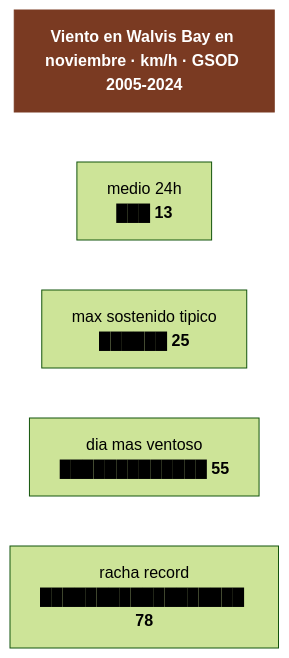
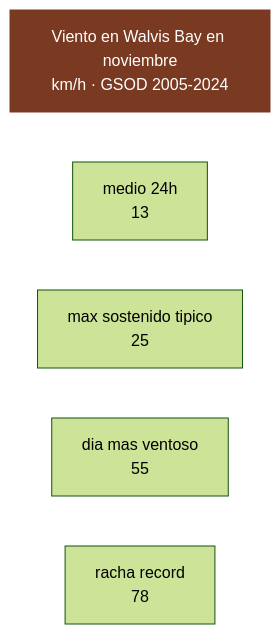
The fifth of 6 diagrams in 15-huecos-cerrados.md (morandeirachema/namibia), drawn with Mermaid (forest theme) before and after one commit. The commit also changed other lines of this file and 14 other files, not shown here.

Commit message:
Arreglar el renderizado de los diagramas en GitHub: fuera emojis, negritas y barras ASCII de dentro de los nodos, que descuadraban la medida y recortaban el texto

````diff
--- a/15-huecos-cerrados.md
+++ b/15-huecos-cerrados.md
@@ -396,13 +396,13 @@
 ```mermaid
 flowchart TD
-    T["<b>Viento en Walvis Bay en noviembre · km/h · GSOD 2005-2024</b>"]
-    n0["medio 24h<br/>███ <b>13</b>"]
-    n1["max sostenido tipico<br/>██████ <b>25</b>"]
-    n2["dia mas ventoso<br/>█████████████ <b>55</b>"]
-    n3["racha record<br/>██████████████████ <b>78</b>"]
+    T["Viento en Walvis Bay en noviembre<br/>km/h · GSOD 2005-2024"]
+    n0["medio 24h<br/>13"]
+    n1["max sostenido tipico<br/>25"]
+    n2["dia mas ventoso<br/>55"]
+    n3["racha record<br/>78"]
     T ~~~ n0
     n0 ~~~ n1
     n1 ~~~ n2
     n2 ~~~ n3
     style T fill:#7a3a22,color:#fff,stroke:#7a3a22
 ```
````
